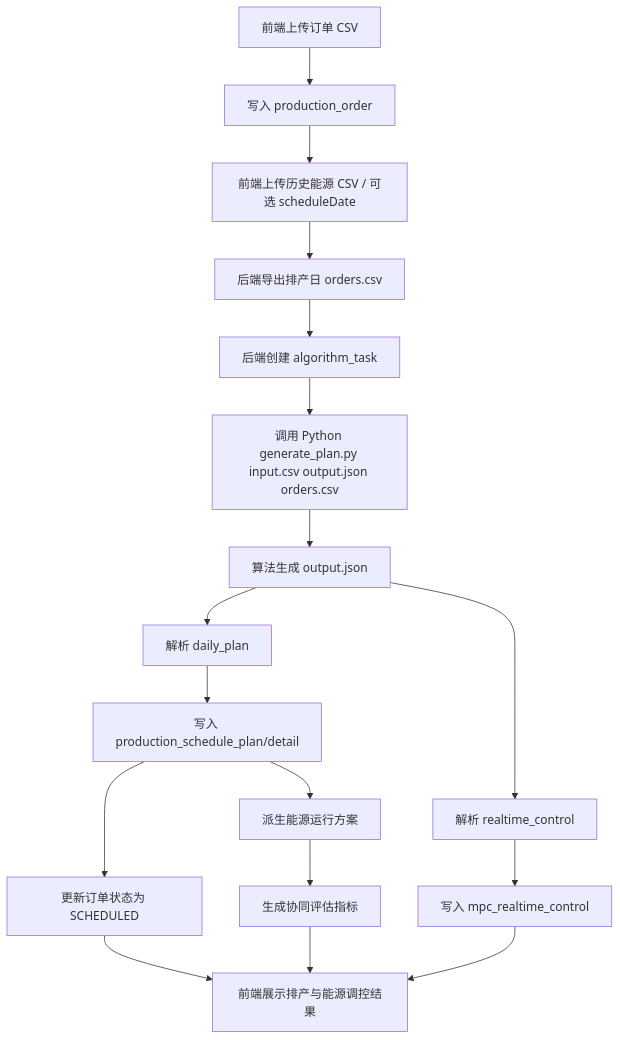
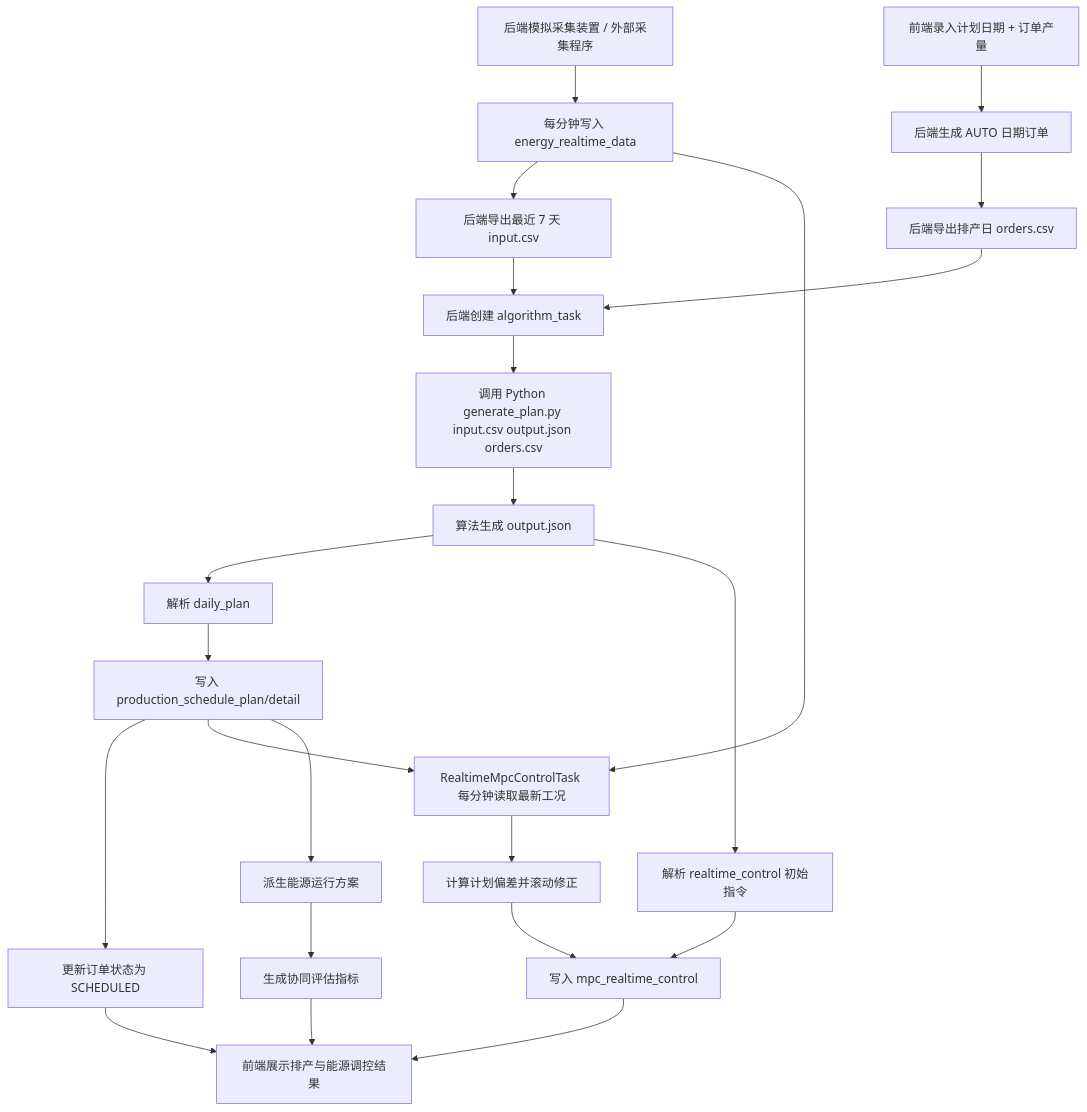
Before and after one commit to jqswhzydxs/AI-challenge: the first of 2 diagrams in docs/当前有效文档/软件设计报告.md, drawn with Mermaid. The commit also changed other lines of this file and 19 other files, not shown here.

````diff
--- a/docs/当前有效文档/软件设计报告.md
+++ b/docs/当前有效文档/软件设计报告.md
@@ -40,19 +41,25 @@
 ```mermaid
 flowchart TD
-    A["前端上传订单 CSV"] --> B["写入 production_order"]
-    B --> C["前端上传历史能源 CSV / 可选 scheduleDate"]
-    C --> D["后端导出排产日 orders.csv"]
-    D --> E["后端创建 algorithm_task"]
-    E --> F["调用 Python generate_plan.py input.csv output.json orders.csv"]
-    F --> G["算法生成 output.json"]
-    G --> I1["解析 daily_plan"]
-    I1 --> H["写入 production_schedule_plan/detail"]
-    H --> J["更新订单状态为 SCHEDULED"]
-    G --> I2["解析 realtime_control"]
-    I2 --> J2["写入 mpc_realtime_control"]
-    H --> K["派生能源运行方案"]
-    K --> L["生成协同评估指标"]
-    J --> M["前端展示排产与能源调控结果"]
-    J2 --> M
-    L --> M
+    A["后端模拟采集装置 / 外部采集程序"] --> B["每分钟写入 energy_realtime_data"]
+    C["前端录入计划日期 + 订单产量"] --> D["后端生成 AUTO 日期订单"]
+    B --> E["后端导出最近 7 天 input.csv"]
+    D --> F["后端导出排产日 orders.csv"]
+    E --> G["后端创建 algorithm_task"]
+    F --> G
+    G --> H["调用 Python generate_plan.py input.csv output.json orders.csv"]
+    H --> I["算法生成 output.json"]
+    I --> J1["解析 daily_plan"]
+    J1 --> K["写入 production_schedule_plan/detail"]
+    K --> L["更新订单状态为 SCHEDULED"]
+    I --> J2["解析 realtime_control 初始指令"]
+    J2 --> M["写入 mpc_realtime_control"]
+    B --> Q["RealtimeMpcControlTask 每分钟读取最新工况"]
+    K --> Q
+    Q --> R["计算计划偏差并滚动修正"]
+    R --> M
+    K --> N["派生能源运行方案"]
+    N --> O["生成协同评估指标"]
+    L --> P["前端展示排产与能源调控结果"]
+    M --> P
+    O --> P
 ```
````
